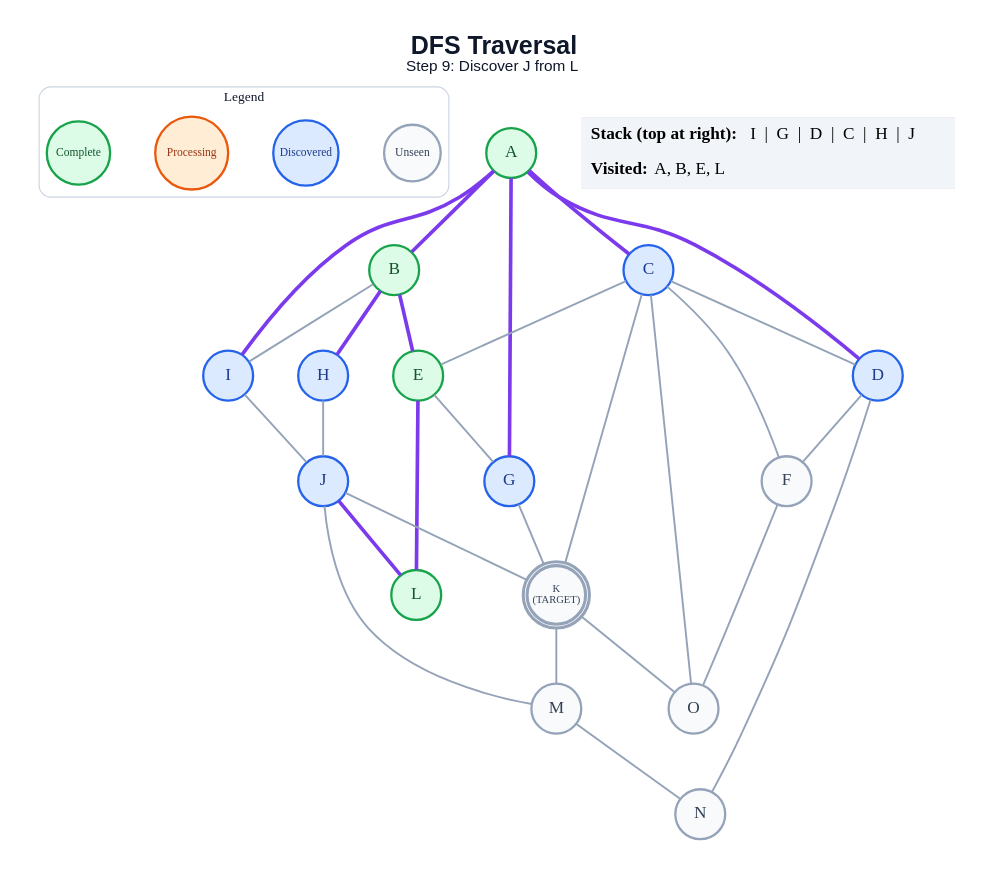
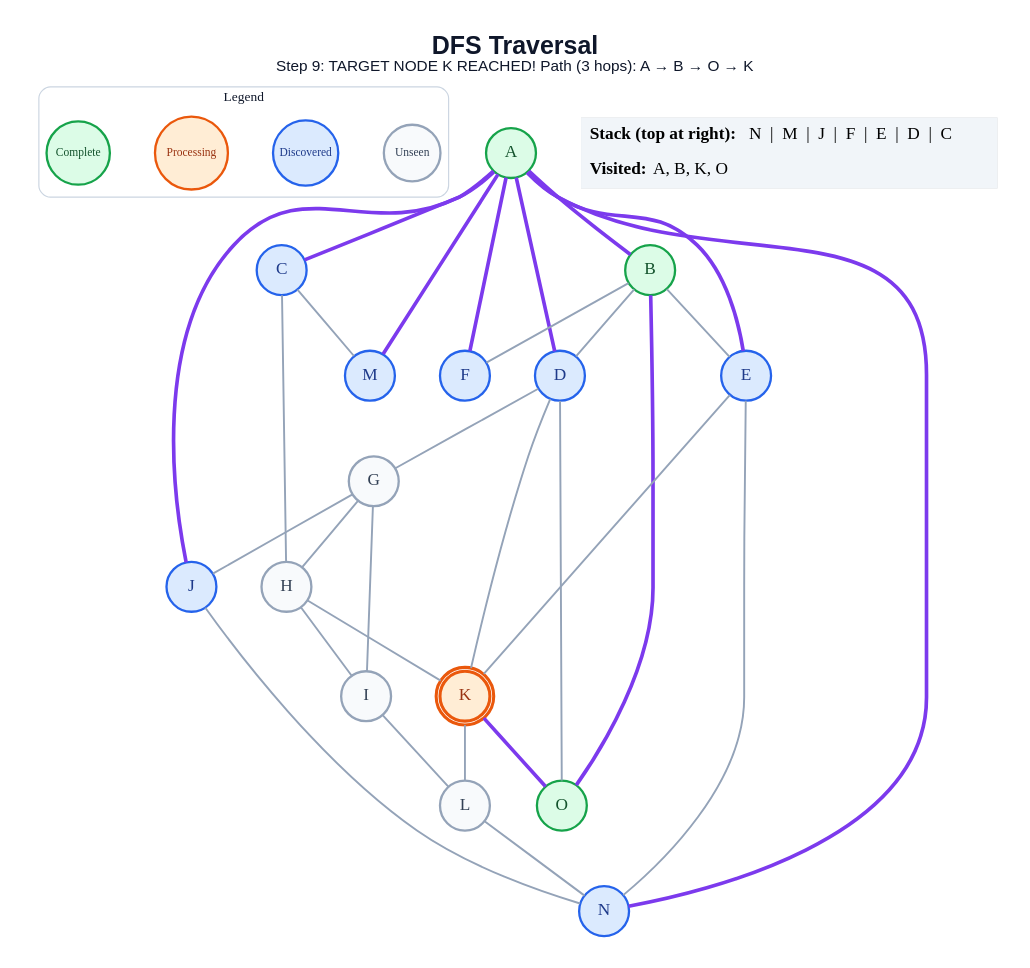
The diagram in generated/specific-node/dfs/step_09.dot (anon7238593-create/ai-slop), drawn with Graphviz before and after one commit. The commit also changed 221 other files, not shown here.

```diff
--- a/generated/specific-node/dfs/step_09.dot
+++ b/generated/specific-node/dfs/step_09.dot
@@ -1,61 +1,63 @@
 graph traversal {
   graph [layout=dot, rankdir=TB, bgcolor="#FFFFFF", pad="0.35", nodesep="0.65", ranksep="0.8", fontname="Arial"];
   node [shape=circle, style="filled", fontname="Arial Bold", fontsize=18, width=0.72, fixedsize=true, penwidth=2.4];
   edge [color="#94A3B8", penwidth=2.0];
-  label=<<B>DFS Traversal</B><BR/><FONT POINT-SIZE="16">Step 9: Discover J from L</FONT>>; labelloc="t"; fontsize=26; fontname="Arial"; fontcolor="#0F172A";
+  label=<<B>DFS Traversal</B><BR/><FONT POINT-SIZE="16">Step 9: TARGET NODE K REACHED! Path (3 hops): A → B → O → K</FONT>>; labelloc="t"; fontsize=26; fontname="Arial"; fontcolor="#0F172A";
   subgraph cluster_legend { label="Legend"; color="#CBD5E1"; penwidth=1.2; style="rounded"; fontsize=14; fontname="Arial Bold";
     key_unseen [label="Unseen", fillcolor="#F8FAFC", color="#94A3B8", fontcolor="#334155", fontsize=12, width=0.82];
     key_frontier [label="Discovered", fillcolor="#DBEAFE", color="#2563EB", fontcolor="#1E3A8A", fontsize=12, width=0.95];
     key_current [label="Processing", fillcolor="#FFEDD5", color="#EA580C", fontcolor="#9A3412", fontsize=12, width=1.05];
     key_done [label="Complete", fillcolor="#DCFCE7", color="#16A34A", fontcolor="#14532D", fontsize=12, width=0.92];
     { rank=same; key_unseen; key_frontier; key_current; key_done; }
   }
   A [label="A", fillcolor="#DCFCE7", color="#16A34A", fontcolor="#14532D", peripheries=1, penwidth=2.4];
   B [label="B", fillcolor="#DCFCE7", color="#16A34A", fontcolor="#14532D", peripheries=1, penwidth=2.4];
   C [label="C", fillcolor="#DBEAFE", color="#2563EB", fontcolor="#1E3A8A", peripheries=1, penwidth=2.4];
   D [label="D", fillcolor="#DBEAFE", color="#2563EB", fontcolor="#1E3A8A", peripheries=1, penwidth=2.4];
-  E [label="E", fillcolor="#DCFCE7", color="#16A34A", fontcolor="#14532D", peripheries=1, penwidth=2.4];
-  F [label="F", fillcolor="#F8FAFC", color="#94A3B8", fontcolor="#334155", peripheries=1, penwidth=2.4];
-  G [label="G", fillcolor="#DBEAFE", color="#2563EB", fontcolor="#1E3A8A", peripheries=1, penwidth=2.4];
-  H [label="H", fillcolor="#DBEAFE", color="#2563EB", fontcolor="#1E3A8A", peripheries=1, penwidth=2.4];
-  I [label="I", fillcolor="#DBEAFE", color="#2563EB", fontcolor="#1E3A8A", peripheries=1, penwidth=2.4];
+  E [label="E", fillcolor="#DBEAFE", color="#2563EB", fontcolor="#1E3A8A", peripheries=1, penwidth=2.4];
+  F [label="F", fillcolor="#DBEAFE", color="#2563EB", fontcolor="#1E3A8A", peripheries=1, penwidth=2.4];
+  G [label="G", fillcolor="#F8FAFC", color="#94A3B8", fontcolor="#334155", peripheries=1, penwidth=2.4];
+  H [label="H", fillcolor="#F8FAFC", color="#94A3B8", fontcolor="#334155", peripheries=1, penwidth=2.4];
+  I [label="I", fillcolor="#F8FAFC", color="#94A3B8", fontcolor="#334155", peripheries=1, penwidth=2.4];
   J [label="J", fillcolor="#DBEAFE", color="#2563EB", fontcolor="#1E3A8A", peripheries=1, penwidth=2.4];
-  K [label="K\n(TARGET)", fillcolor="#F8FAFC", color="#94A3B8", fontcolor="#334155", peripheries=2, penwidth=3.2, fontsize=11, width=0.85, height=0.85];
-  L [label="L", fillcolor="#DCFCE7", color="#16A34A", fontcolor="#14532D", peripheries=1, penwidth=2.4];
-  M [label="M", fillcolor="#F8FAFC", color="#94A3B8", fontcolor="#334155", peripheries=1, penwidth=2.4];
-  N [label="N", fillcolor="#F8FAFC", color="#94A3B8", fontcolor="#334155", peripheries=1, penwidth=2.4];
-  O [label="O", fillcolor="#F8FAFC", color="#94A3B8", fontcolor="#334155", peripheries=1, penwidth=2.4];
+  K [label="K", fillcolor="#FFEDD5", color="#EA580C", fontcolor="#9A3412", peripheries=2, penwidth=3.2];
+  L [label="L", fillcolor="#F8FAFC", color="#94A3B8", fontcolor="#334155", peripheries=1, penwidth=2.4];
+  M [label="M", fillcolor="#DBEAFE", color="#2563EB", fontcolor="#1E3A8A", peripheries=1, penwidth=2.4];
+  N [label="N", fillcolor="#DBEAFE", color="#2563EB", fontcolor="#1E3A8A", peripheries=1, penwidth=2.4];
+  O [label="O", fillcolor="#DCFCE7", color="#16A34A", fontcolor="#14532D", peripheries=1, penwidth=2.4];
   A -- B [color="#7C3AED", penwidth=3.8];
   A -- C [color="#7C3AED", penwidth=3.8];
   A -- D [color="#7C3AED", penwidth=3.8];
-  A -- G [color="#7C3AED", penwidth=3.8];
-  A -- I [color="#7C3AED", penwidth=3.8];
-  B -- E [color="#7C3AED", penwidth=3.8];
-  B -- H [color="#7C3AED", penwidth=3.8];
-  B -- I;
-  C -- D;
-  C -- E;
-  C -- F;
-  C -- K;
-  C -- O;
-  D -- F;
-  D -- N;
-  E -- G;
-  E -- L [color="#7C3AED", penwidth=3.8];
-  F -- O;
-  G -- K;
-  H -- J;
-  I -- J;
-  J -- K;
-  J -- L [color="#7C3AED", penwidth=3.8];
-  J -- M;
-  K -- M;
-  K -- O;
-  M -- N;
+  A -- E [color="#7C3AED", penwidth=3.8];
+  A -- F [color="#7C3AED", penwidth=3.8];
+  A -- J [color="#7C3AED", penwidth=3.8];
+  A -- M [color="#7C3AED", penwidth=3.8];
+  A -- N [color="#7C3AED", penwidth=3.8];
+  B -- D;
+  B -- E;
+  B -- F;
+  B -- O [color="#7C3AED", penwidth=3.8];
+  C -- H;
+  C -- M;
+  D -- G;
+  D -- K;
+  D -- O;
+  E -- K;
+  E -- N;
+  G -- H;
+  G -- I;
+  G -- J;
+  H -- I;
+  H -- K;
+  I -- L;
+  J -- N;
+  K -- L;
+  K -- O [color="#7C3AED", penwidth=3.8];
+  L -- N;
   status [shape=plain, fixedsize=false, width=0, height=0, margin=0, label=<
     <TABLE BORDER="0" CELLBORDER="0" CELLPADDING="7" BGCOLOR="#F1F5F9">
-      <TR><TD ALIGN="LEFT"><B>Stack (top at right):</B> I  |  G  |  D  |  C  |  H  |  J</TD></TR>
-      <TR><TD ALIGN="LEFT"><B>Visited:</B> A, B, E, L</TD></TR>
+      <TR><TD ALIGN="LEFT"><B>Stack (top at right):</B> N  |  M  |  J  |  F  |  E  |  D  |  C</TD></TR>
+      <TR><TD ALIGN="LEFT"><B>Visited:</B> A, B, K, O</TD></TR>
     </TABLE>
   >];
 }
```
